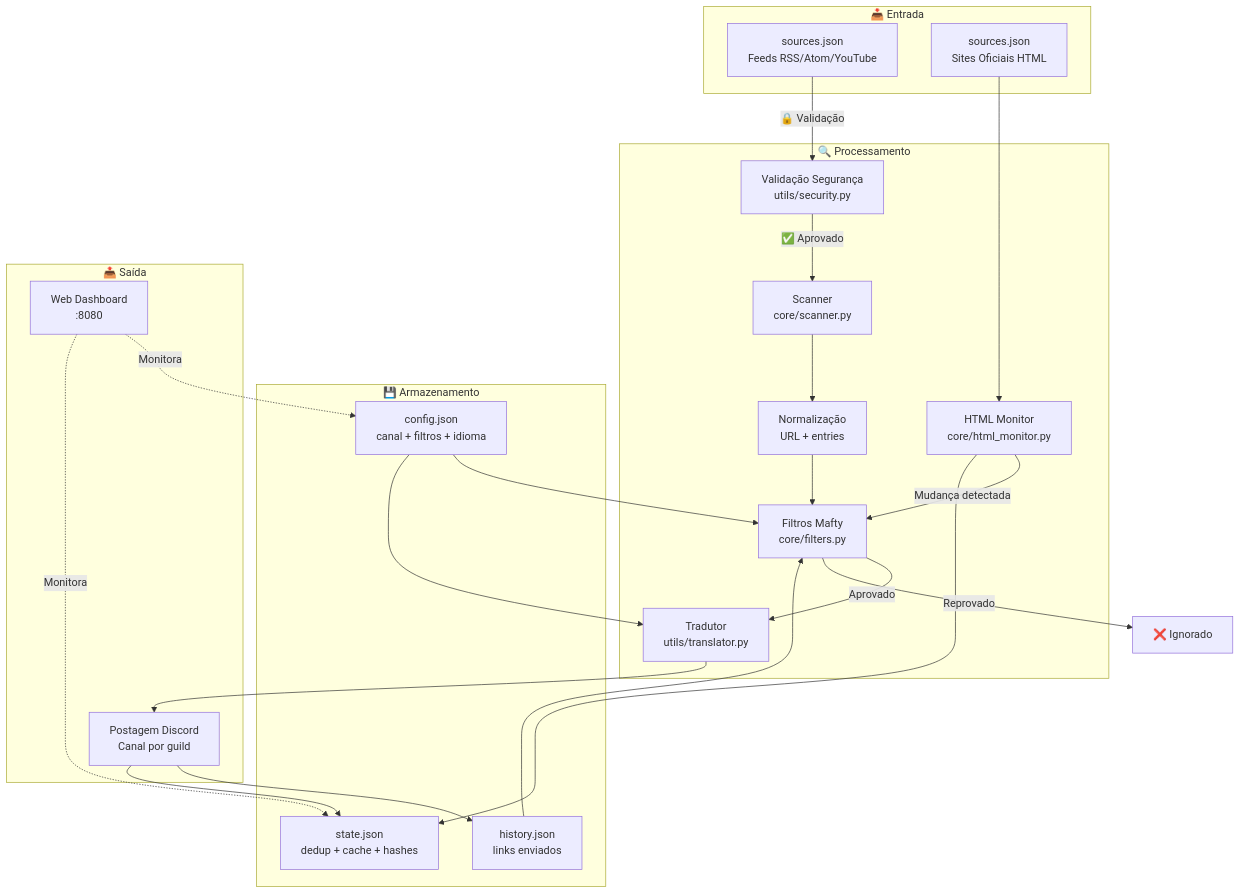
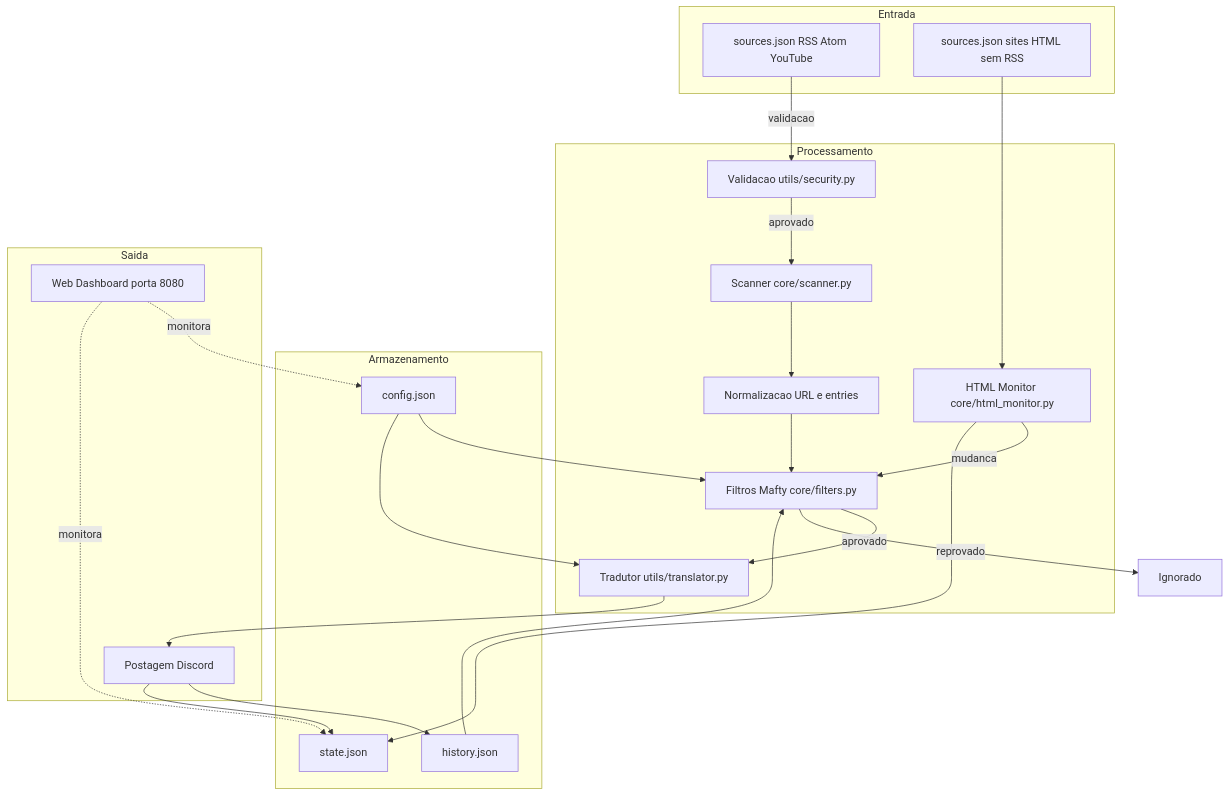
The first of 5 diagrams in docs/ARCHITECTURE.md (carmipa/gundam-news-discord), drawn with Mermaid before and after one commit. The commit also changed other lines of this file and 8 other files, not shown here.

````diff
--- a/docs/ARCHITECTURE.md
+++ b/docs/ARCHITECTURE.md
@@ -24,47 +24,47 @@
 ```mermaid
 flowchart TB
-    subgraph Entrada["📥 Entrada"]
-        A["sources.json<br/>Feeds RSS/Atom/YouTube"]
-        A2["sources.json<br/>Sites Oficiais HTML"]
+    subgraph ent["Entrada"]
+        A["sources.json RSS Atom YouTube"]
+        A2["sources.json sites HTML sem RSS"]
     end
 
-    subgraph Processamento["🔍 Processamento"]
-        B["Scanner<br/>core/scanner.py"]
-        J["HTML Monitor<br/>core/html_monitor.py"]
-        C["Normalização<br/>URL + entries"]
-        D["Filtros Mafty<br/>core/filters.py"]
-        E["Tradutor<br/>utils/translator.py"]
-        S["Validação Segurança<br/>utils/security.py"]
+    subgraph proc["Processamento"]
+        B["Scanner core/scanner.py"]
+        J["HTML Monitor core/html_monitor.py"]
+        C["Normalizacao URL e entries"]
+        D["Filtros Mafty core/filters.py"]
+        E["Tradutor utils/translator.py"]
+        S["Validacao utils/security.py"]
     end
 
-    subgraph Armazenamento["💾 Armazenamento"]
-        H["config.json<br/>canal + filtros + idioma"]
-        I["history.json<br/>links enviados"]
-        K["state.json<br/>dedup + cache + hashes"]
+    subgraph stor["Armazenamento"]
+        H["config.json"]
+        I["history.json"]
+        K["state.json"]
     end
 
-    subgraph Saida["📤 Saída"]
-        F["Postagem Discord<br/>Canal por guild"]
-        W["Web Dashboard<br/>:8080"]
+    subgraph out["Saida"]
+        F["Postagem Discord"]
+        W["Web Dashboard porta 8080"]
     end
 
-    A -->|"🔒 Validação"| S
-    S -->|"✅ Aprovado"| B
+    A -->|validacao| S
+    S -->|aprovado| B
     A2 --> J
     B --> C
-    J -->|"Mudança detectada"| D
+    J -->|mudanca| D
     C --> D
-    D -->|"Aprovado"| E
-    D -->|"Reprovado"| G["❌ Ignorado"]
+    D -->|aprovado| E
+    D -->|reprovado| G["Ignorado"]
     E --> F
 
     H --> D
     H --> E
     I --> D
     F --> I
     F --> K
     J --> K
 
-    W -.->|"Monitora"| H
-    W -.->|"Monitora"| K
+    W -.->|monitora| H
+    W -.->|monitora| K
 ```
````
